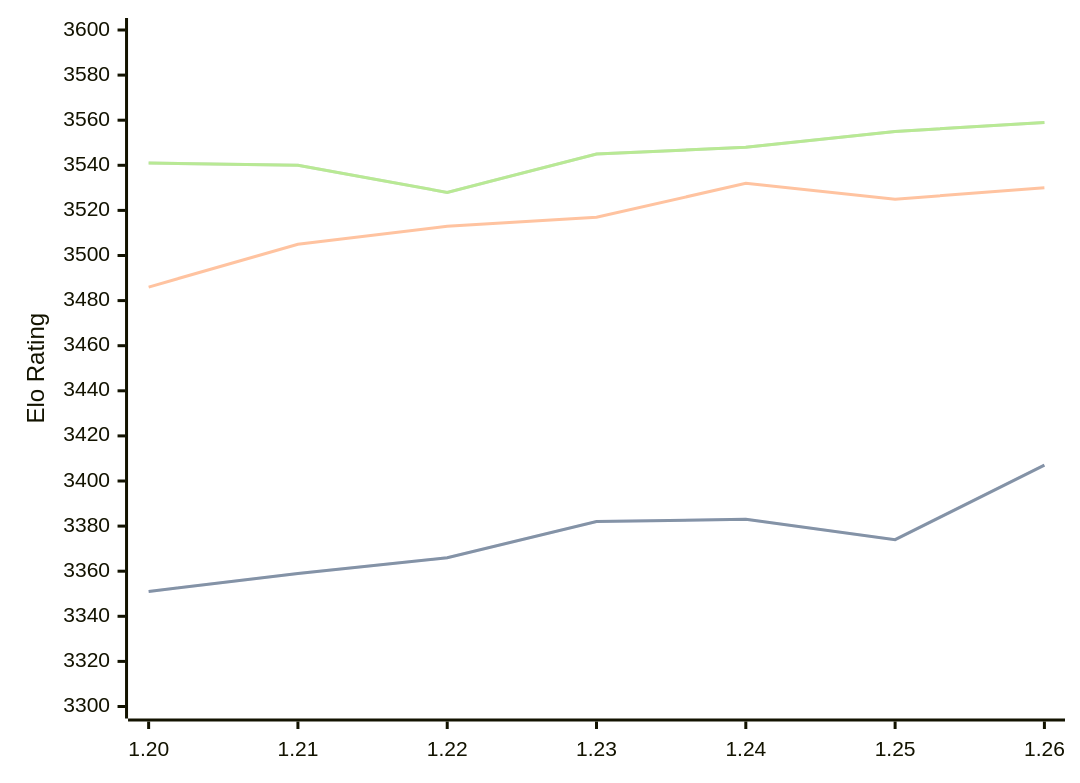
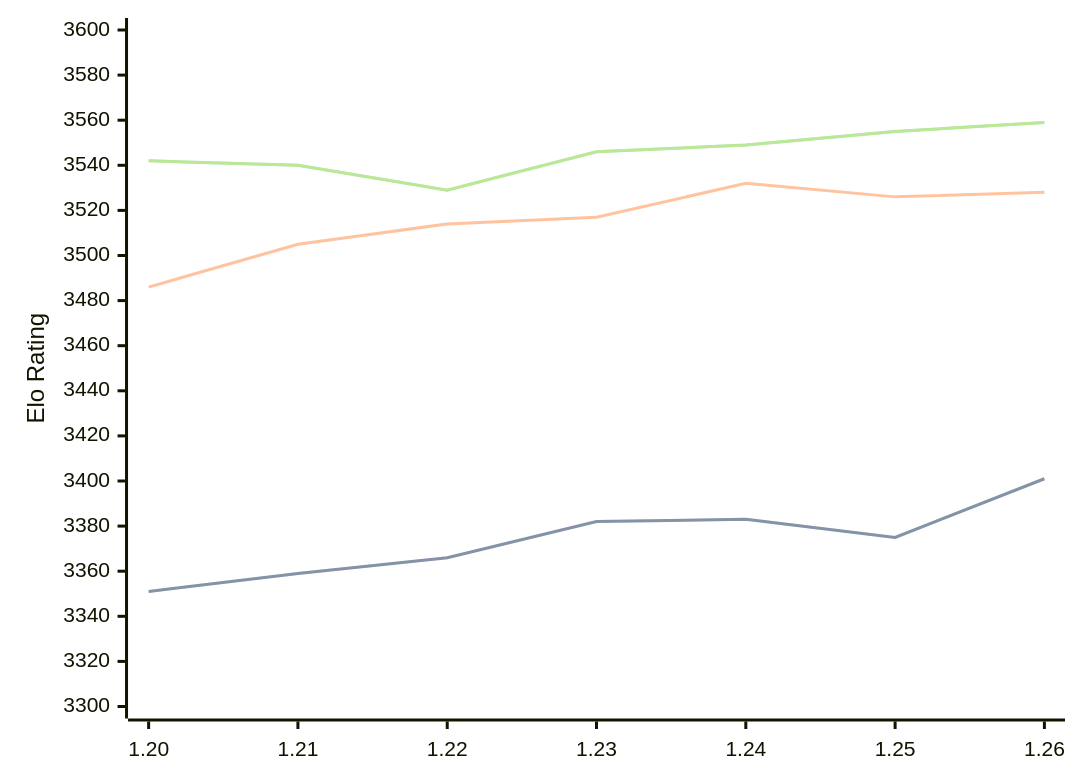
The diagram in engines/Caissa.md (computer-chess-index/cci), drawn with Mermaid before and after one commit. The commit also changed other lines of this file, not shown here.

Commit message:
Update CCI Ratings (ELO VLTC) - 2026-08-20

````diff
--- a/engines/Caissa.md
+++ b/engines/Caissa.md
@@ -37,11 +37,11 @@
 ```mermaid
 %%{init: {"theme":"base","themeVariables":{"seriesColors:['#a3a3a3','#222221','#faa371']}}}%%
 xychart-beta
   x-axis ["1.20", "1.21", "1.22", "1.23", "1.24", "1.25", "1.26"]
   y-axis "Elo Rating" 3300 --> 3600
-  line "STC (8.0+0.08s)" [3351, 3359, 3366, 3382, 3383, 3374, 3407]
-  line "STC (8.0+0.08s)" [3351, 3359, 3366, 3382, 3383, 3374, 3407]
-  line "LTC (60.0+0.60s)" [3486, 3505, 3513, 3517, 3532, 3525, 3530]
-  line "VLTC (2m24s+1.12s)" [3541, 3540, 3528, 3545, 3548, 3555, 3559]
-  line "VLTC (2m24s+1.12s)" [3541, 3540, 3528, 3545, 3548, 3555, 3559]
+  line "STC (8.0+0.08s)" [3351, 3359, 3366, 3382, 3383, 3375, 3401]
+  line "STC (8.0+0.08s)" [3351, 3359, 3366, 3382, 3383, 3375, 3401]
+  line "LTC (60.0+0.60s)" [3486, 3505, 3514, 3517, 3532, 3526, 3528]
+  line "VLTC (2m24s+1.12s)" [3542, 3540, 3529, 3546, 3549, 3555, 3559]
+  line "VLTC (2m24s+1.12s)" [3542, 3540, 3529, 3546, 3549, 3555, 3559]
 ```
````
